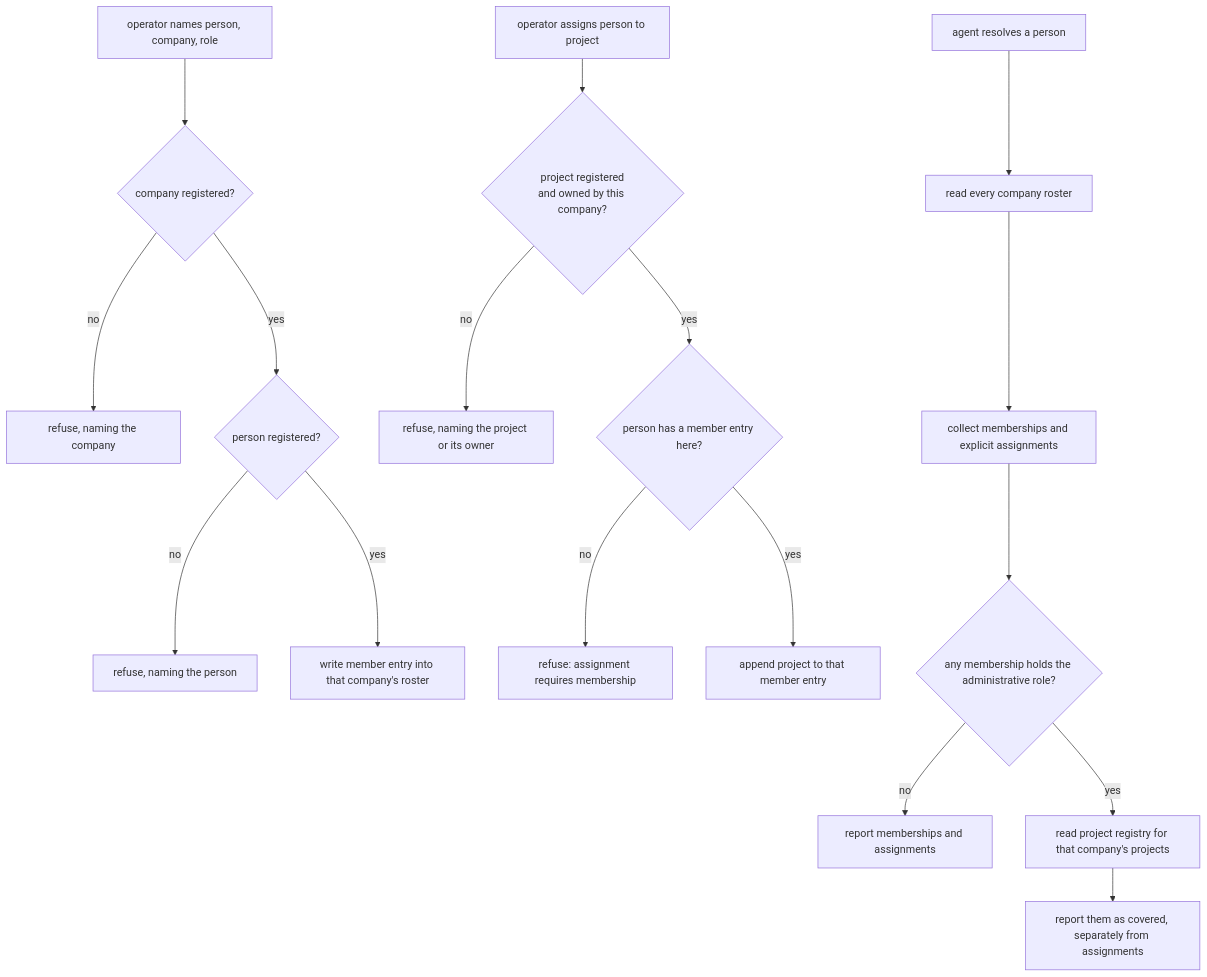
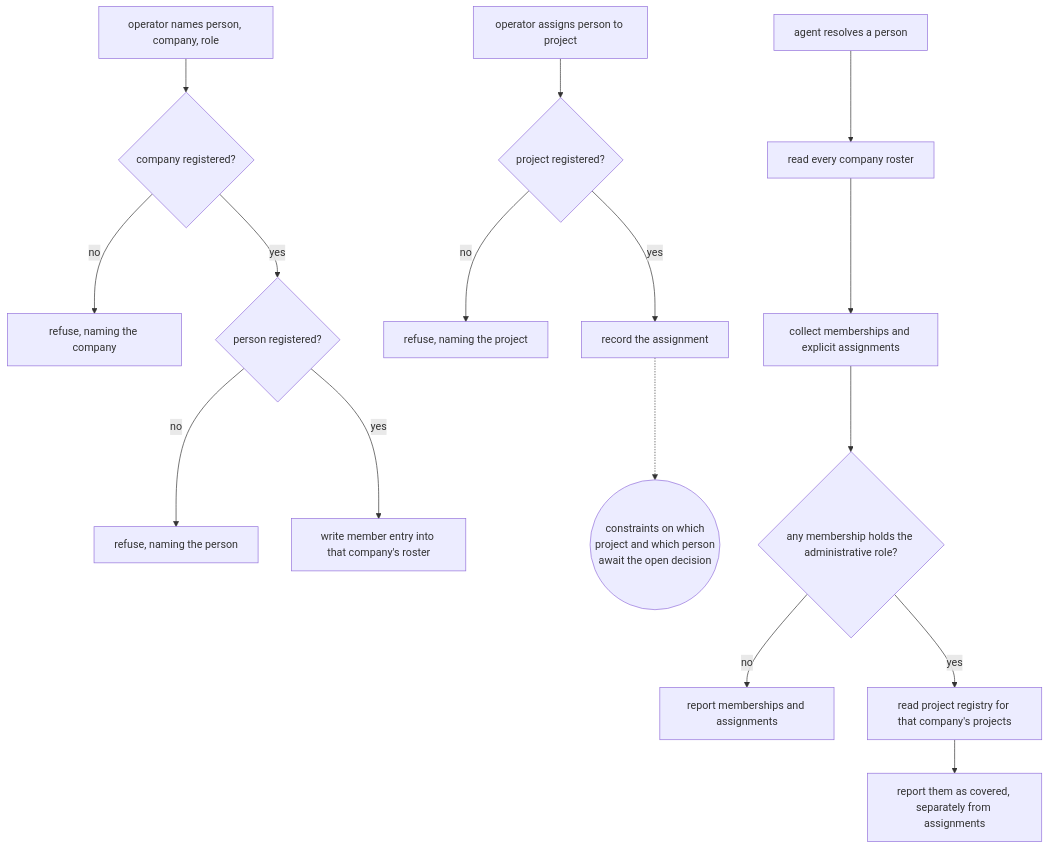
The diagram in docs/project/design/architecture/organizational-membership.md (InstruktAI/TeleClaude), drawn with Mermaid before and after one commit. The commit also changed other lines of this file, not shown here.

First line of the commit message:
docs(architecture): let the assignment path show only what holds either way

````diff
--- a/docs/project/design/architecture/organizational-membership.md
+++ b/docs/project/design/architecture/organizational-membership.md
@@ -114,21 +120,20 @@
 ```mermaid
 flowchart TD
     A[operator names person, company, role] --> B{company registered?}
     B -- no --> R1[refuse, naming the company]
     B -- yes --> C{person registered?}
     C -- no --> R2[refuse, naming the person]
     C -- yes --> D[write member entry into that company's roster]
 
-    E[operator assigns person to project] --> F{project registered<br/>and owned by this company?}
-    F -- no --> R3[refuse, naming the project or its owner]
-    F -- yes --> G{person has a member entry here?}
-    G -- no --> R4[refuse: assignment requires membership]
-    G -- yes --> H[append project to that member entry]
+    E[operator assigns person to project] --> F{project registered?}
+    F -- no --> R3[refuse, naming the project]
+    F -- yes --> G[record the assignment]
+    G -.-> P((constraints on which<br/>project and which person<br/>await the open decision))
 
     I[agent resolves a person] --> J[read every company roster]
     J --> K[collect memberships and explicit assignments]
     K --> L{any membership holds the administrative role?}
     L -- no --> M[report memberships and assignments]
     L -- yes --> N[read project registry for that company's projects]
     N --> O[report them as covered, separately from assignments]
 ```
````
